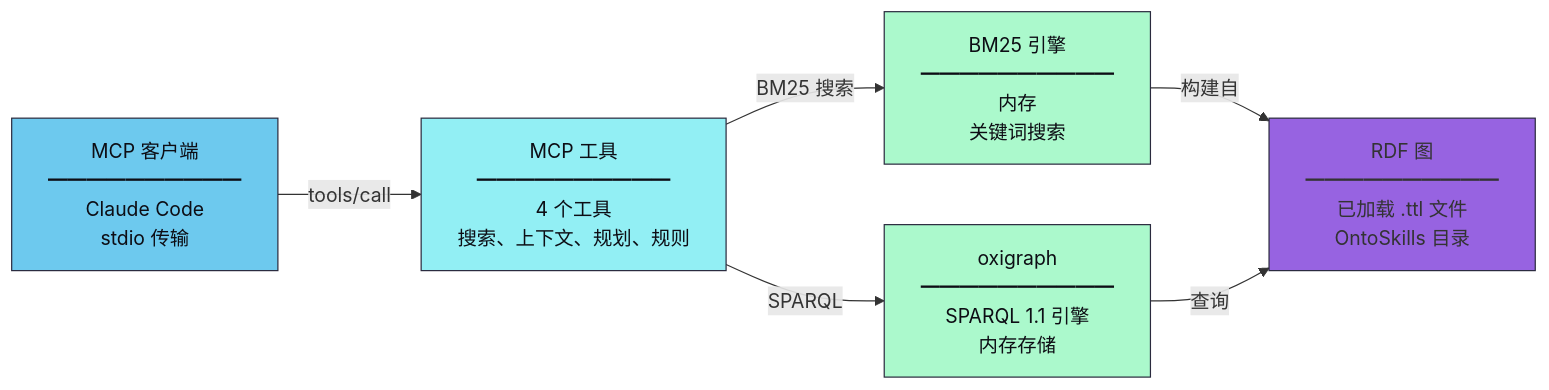
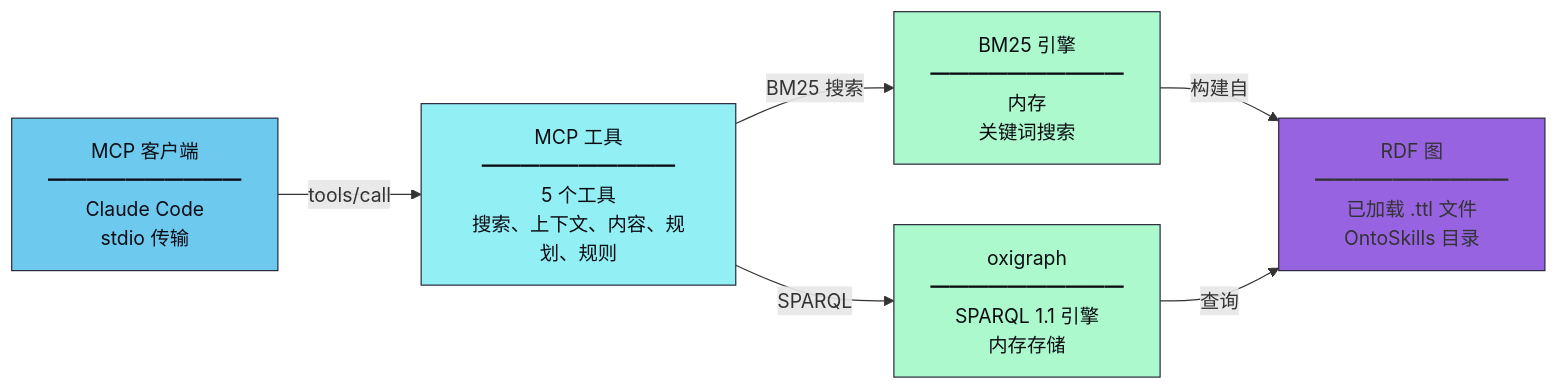
Before and after one commit to mareasoftware/ontoclaw: the second of 3 diagrams in mcp/README_zh.md, drawn with Mermaid. The commit also changed other lines of this file and 48 other files, not shown here.

````diff
--- a/mcp/README_zh.md
+++ b/mcp/README_zh.md
@@ -44,14 +45,14 @@
 ```mermaid
 flowchart LR
-    CLIENT["MCP 客户端<br/>━━━━━━━━━━<br/>Claude Code<br/>stdio 传输"] -->|"tools/call"| TOOLS["MCP 工具<br/>━━━━━━━━━━<br/>4 个工具<br/>搜索、上下文、规划、规则"]
+    CLIENT["MCP 客户端<br/>━━━━━━━━━━<br/>Claude Code<br/>stdio 传输"] -->|"tools/call"| TOOLS["MCP 工具<br/>━━━━━━━━━━<br/>5 个工具<br/>搜索、上下文、内容、规划、规则"]
     TOOLS -->|"BM25 搜索"| BM25["BM25 引擎<br/>━━━━━━━━━━<br/>内存<br/>关键词搜索"]
     TOOLS -->|"SPARQL"| SPARQL["oxigraph<br/>━━━━━━━━━━<br/>SPARQL 1.1 引擎<br/>内存存储"]
     BM25 -->|"构建自"| GRAPH["RDF 图<br/>━━━━━━━━━━<br/>已加载 .ttl 文件<br/>OntoSkills 目录"]
     SPARQL -->|"查询"| GRAPH
 
     style CLIENT fill:#6dc9ee,stroke:#2a2a3e,color:#0d0d14
     style TOOLS fill:#92eff4,stroke:#2a2a3e,color:#0d0d14
     style BM25 fill:#abf9cc,stroke:#2a2a3e,color:#0d0d14
     style SPARQL fill:#abf9cc,stroke:#2a2a3e,color:#0d0d14
     style GRAPH fill:#9763e1,stroke:#2a2a3e,color:#0d0f5
 ```
````
